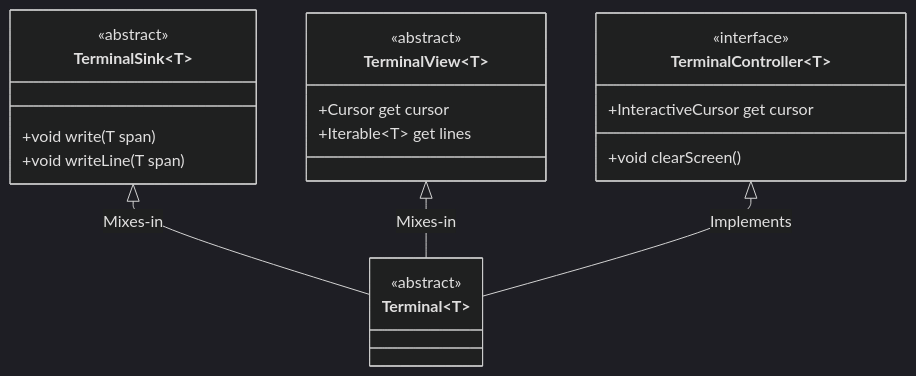
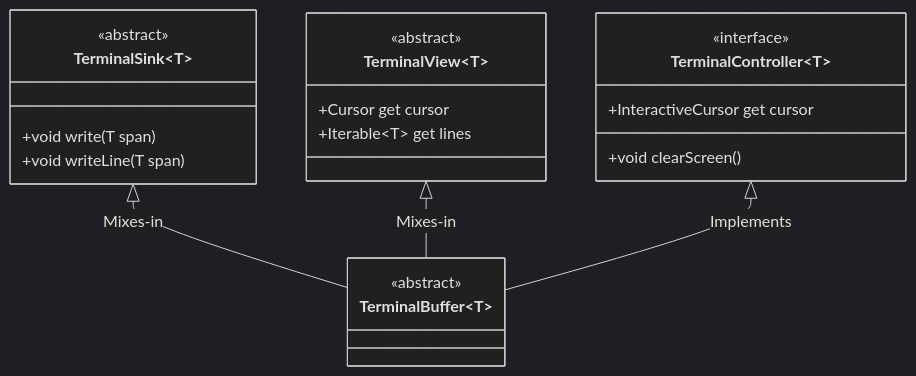
Before and after one commit to matanlurey/dt: the diagram in README.md, drawn with Mermaid (dark theme). The commit also changed other lines of this file and 8 other files, not shown here.

````diff
--- a/README.md
+++ b/README.md
@@ -70,24 +66,24 @@
 ```mermaid
 classDiagram
   class TerminalSink~T~
   <<abstract>> TerminalSink
     TerminalSink~T~ : +void write(T span)
     TerminalSink~T~ : +void writeLine(T span)
 
   class TerminalController~T~
   <<interface>> TerminalController
     TerminalController~T~ : +InteractiveCursor get cursor
     TerminalController~T~ : +void clearScreen()
 
   class TerminalView~T~
   <<abstract>> TerminalView
     TerminalView~T~ : +Cursor get cursor
     TerminalView~T~ : +Iterable~T~ get lines
 
-  class Terminal~T~
-  <<abstract>> Terminal
+  class TerminalBuffer~T~
+  <<abstract>> TerminalBuffer
   
-  TerminalSink~T~ <|-- Terminal~T~ : Mixes-in
-  TerminalView~T~ <|-- Terminal~T~ : Mixes-in
-  TerminalController~T~ <|-- Terminal~T~ : Implements
+  TerminalSink~T~ <|-- TerminalBuffer~T~ : Mixes-in
+  TerminalView~T~ <|-- TerminalBuffer~T~ : Mixes-in
+  TerminalController~T~ <|-- TerminalBuffer~T~ : Implements
 ```
````
